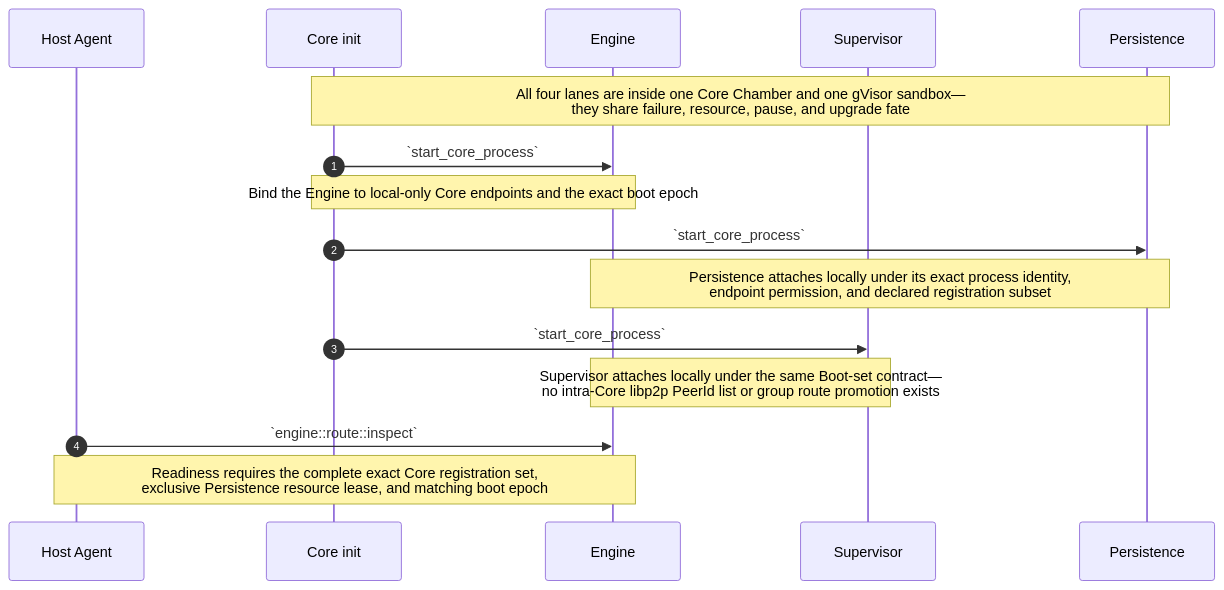
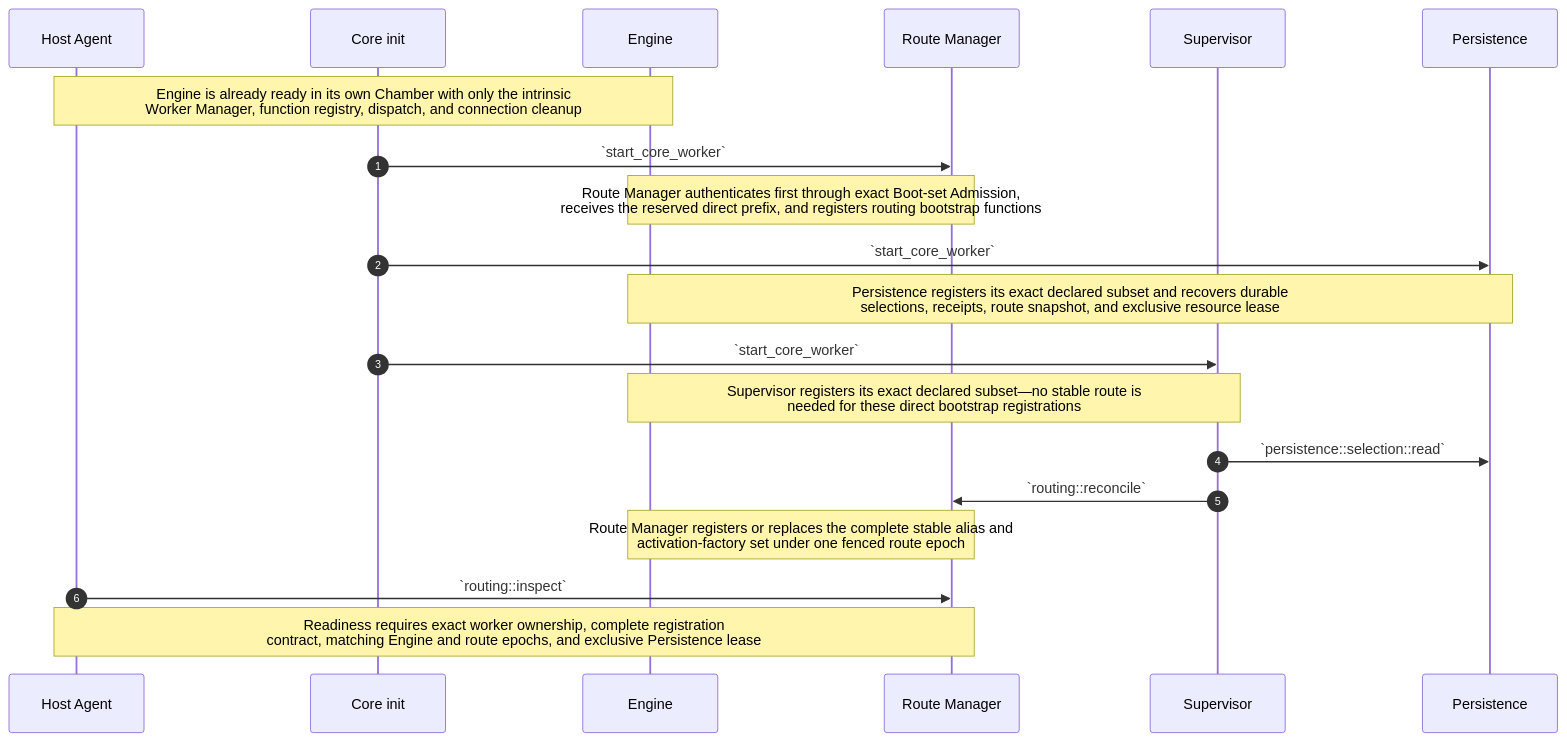
The fifth of 15 diagrams in source/chambers-lifecycle-sequences.md (dreamcatcher-tech/chambers-lifecycle-explorer), drawn with Mermaid before and after one commit. The commit also changed other lines of this file and 8 other files, not shown here.

Commit message:
docs: publish Engine-first Core Covenant lifecycle

````diff
--- a/source/chambers-lifecycle-sequences.md
+++ b/source/chambers-lifecycle-sequences.md
@@ -733,19 +791,23 @@
 ```mermaid
 sequenceDiagram
     autonumber
     participant HostAgent as Host Agent
     participant CoreInit as Core init
     participant Engine
+    participant RouteManager as Route Manager
     participant Supervisor
     participant Persistence
 
-    Note over CoreInit,Persistence: All four lanes are inside one Core Chamber and one gVisor sandbox—<br/>they share failure, resource, pause, and upgrade fate
-    CoreInit->>Engine: `start_core_process`
-    Note over CoreInit,Engine: Bind the Engine to local-only Core endpoints and the exact boot epoch
-    CoreInit->>Persistence: `start_core_process`
-    Note over Engine,Persistence: Persistence attaches locally under its exact process identity,<br/>endpoint permission, and declared registration subset
-    CoreInit->>Supervisor: `start_core_process`
-    Note over Engine,Supervisor: Supervisor attaches locally under the same Boot-set contract—<br/>no intra-Core libp2p PeerId list or group route promotion exists
-    HostAgent->>Engine: `engine::route::inspect`
-    Note over HostAgent,Engine: Readiness requires the complete exact Core registration set,<br/>exclusive Persistence resource lease, and matching boot epoch
+    Note over HostAgent,Engine: Engine is already ready in its own Chamber with only the intrinsic<br/>Worker Manager, function registry, dispatch, and connection cleanup
+    CoreInit->>RouteManager: `start_core_worker`
+    Note over Engine,RouteManager: Route Manager authenticates first through exact Boot-set Admission,<br/>receives the reserved direct prefix, and registers routing bootstrap functions
+    CoreInit->>Persistence: `start_core_worker`
+    Note over Engine,Persistence: Persistence registers its exact declared subset and recovers durable<br/>selections, receipts, route snapshot, and exclusive resource lease
+    CoreInit->>Supervisor: `start_core_worker`
+    Note over Engine,Supervisor: Supervisor registers its exact declared subset—no stable route is<br/>needed for these direct bootstrap registrations
+    Supervisor->>Persistence: `persistence::selection::read`
+    Supervisor->>RouteManager: `routing::reconcile`
+    Note over RouteManager,Engine: Route Manager registers or replaces the complete stable alias and<br/>activation-factory set under one fenced route epoch
+    HostAgent->>RouteManager: `routing::inspect`
+    Note over HostAgent,RouteManager: Readiness requires exact worker ownership, complete registration<br/>contract, matching Engine and route epochs, and exclusive Persistence lease
 ```
````
